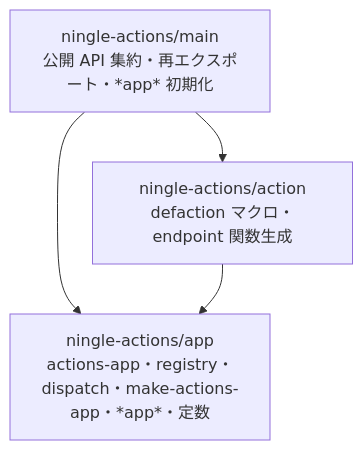
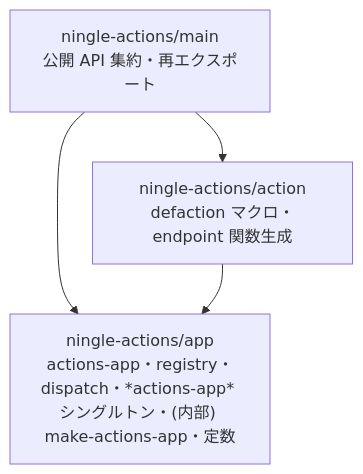
The fifth of 6 diagrams in docs/functional-design.md (skyizwhite/ningle-actions), drawn with Mermaid before and after one commit. The commit also changed other lines of this file and 16 other files, not shown here.

First line of the commit message:
feat!: provide singleton *actions-app* directly instead of make-actions-app

````diff
--- a/docs/functional-design.md
+++ b/docs/functional-design.md
@@ -159,10 +160,10 @@
 ```mermaid
 graph TD
-    MAIN["ningle-actions/main<br/>公開 API 集約・再エクスポート・*app* 初期化"]
-    APP["ningle-actions/app<br/>actions-app・registry・dispatch・make-actions-app・*app*・定数"]
+    MAIN["ningle-actions/main<br/>公開 API 集約・再エクスポート"]
+    APP["ningle-actions/app<br/>actions-app・registry・dispatch・*actions-app* シングルトン・(内部) make-actions-app・定数"]
     ACTION["ningle-actions/action<br/>defaction マクロ・endpoint 関数生成"]
 
     MAIN --> ACTION
     MAIN --> APP
     ACTION --> APP
 ```
````
